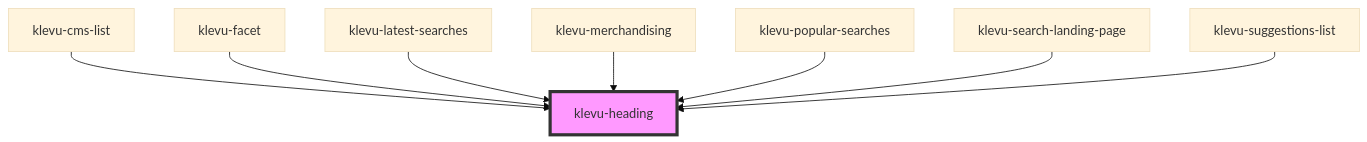
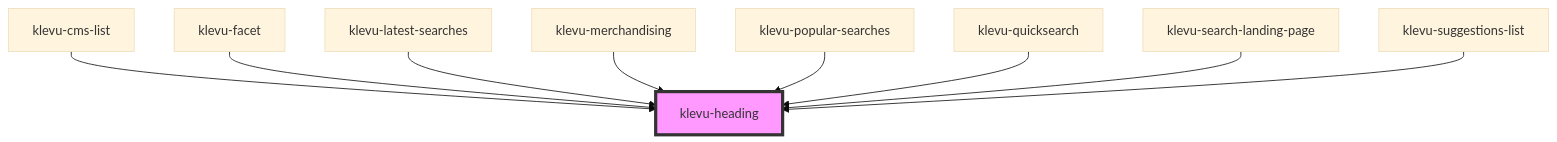
One commit to klevultd/frontend-sdk changed the diagram in packages/klevu-ui/src/components/klevu-heading/readme.md. Above: the diagram before and after it, drawn with Mermaid (base theme). The commit also changed other lines of this file and 24 other files, not shown here.

````diff
--- a/packages/klevu-ui/src/components/klevu-heading/readme.md
+++ b/packages/klevu-ui/src/components/klevu-heading/readme.md
@@ -26,11 +27,12 @@
 ```mermaid
 graph TD;
   klevu-cms-list --> klevu-heading
   klevu-facet --> klevu-heading
   klevu-latest-searches --> klevu-heading
   klevu-merchandising --> klevu-heading
   klevu-popular-searches --> klevu-heading
+  klevu-quicksearch --> klevu-heading
   klevu-search-landing-page --> klevu-heading
   klevu-suggestions-list --> klevu-heading
   style klevu-heading fill:#f9f,stroke:#333,stroke-width:4px
 ```
````
